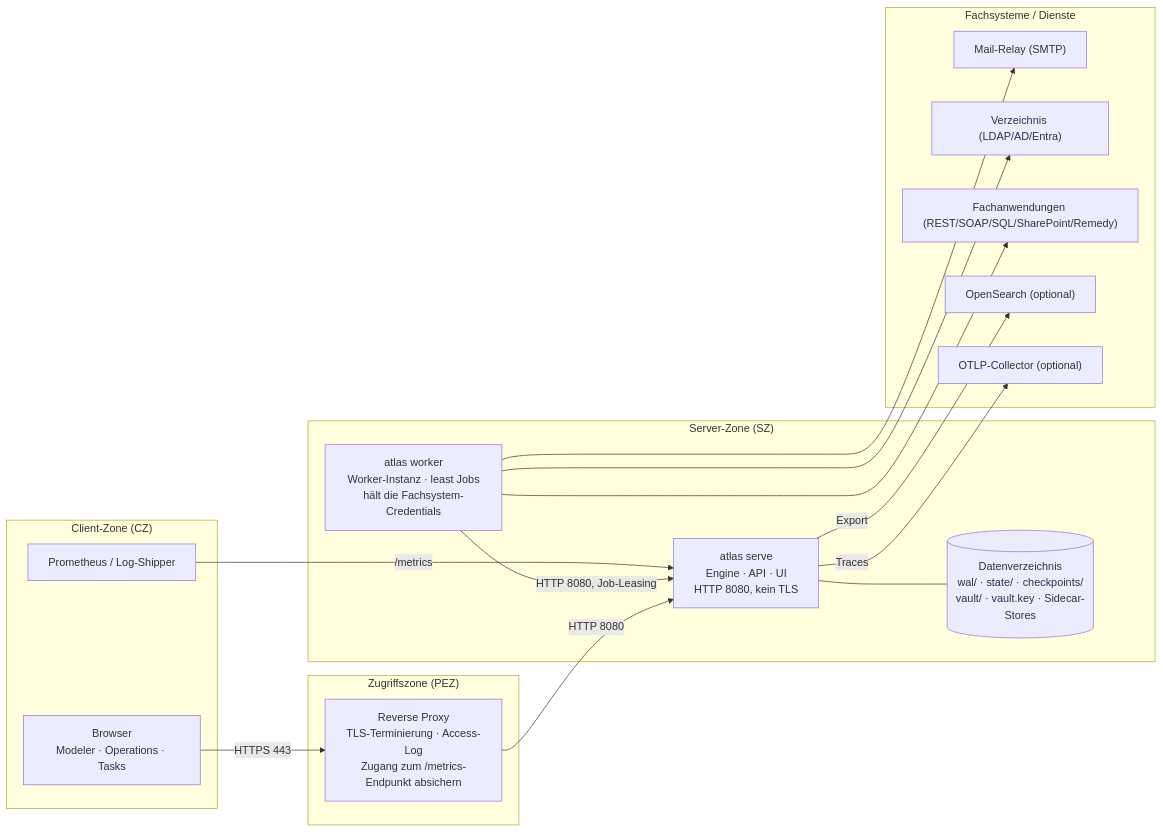
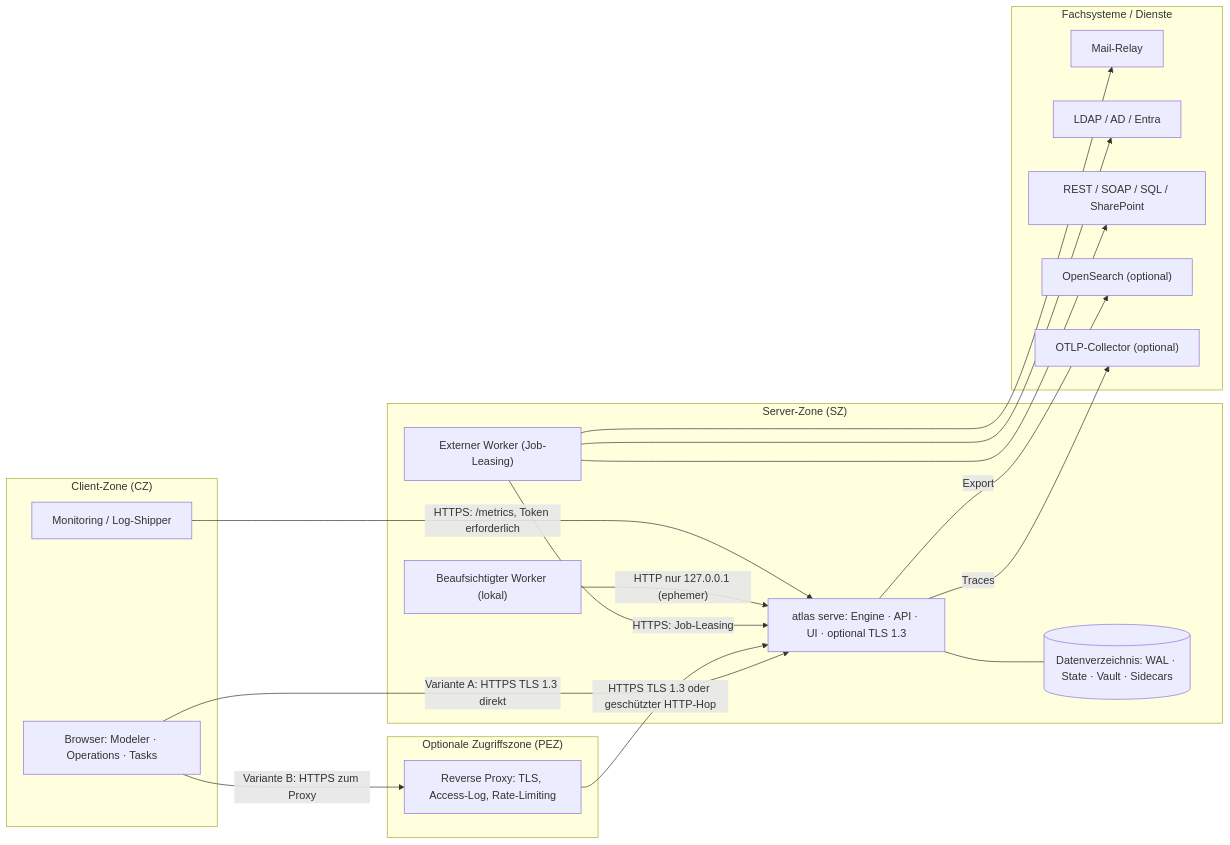
The diagram in docs/compliance/isds-konzept.md (pblumer/atlas), drawn with Mermaid before and after one commit. The commit also changed other lines of this file, not shown here.

Commit message:
docs(compliance): correct built-in TLS support and transport risk model

````diff
--- a/docs/compliance/isds-konzept.md
+++ b/docs/compliance/isds-konzept.md
@@ -537,33 +544,36 @@
 ```mermaid
 flowchart LR
   subgraph CZ["Client-Zone (CZ)"]
-    B["Browser<br/>Modeler · Operations · Tasks"]
-    P["Prometheus / Log-Shipper"]
+    B["Browser: Modeler · Operations · Tasks"]
+    P["Monitoring / Log-Shipper"]
   end
-  subgraph PEZ["Zugriffszone (PEZ)"]
-    RP["Reverse Proxy<br/>TLS-Terminierung · Access-Log<br/>Zugang zum /metrics-Endpunkt absichern"]
+  subgraph PEZ["Optionale Zugriffszone (PEZ)"]
+    RP["Reverse Proxy: TLS, Access-Log, Rate-Limiting"]
   end
   subgraph SZ["Server-Zone (SZ)"]
-    A["atlas serve<br/>Engine · API · UI<br/>HTTP 8080, kein TLS"]
-    D[("Datenverzeichnis<br/>wal/ · state/ · checkpoints/<br/>vault/ · vault.key · Sidecar-Stores")]
-    W["atlas worker<br/>Worker-Instanz · least Jobs<br/>hält die Fachsystem-Credentials"]
+    A["atlas serve: Engine · API · UI · optional TLS 1.3"]
+    D[("Datenverzeichnis: WAL · State · Vault · Sidecars")]
+    W["Externer Worker (Job-Leasing)"]
+    SW["Beaufsichtigter Worker (lokal)"]
   end
   subgraph EXT["Fachsysteme / Dienste"]
-    M["Mail-Relay (SMTP)"]
-    L["Verzeichnis (LDAP/AD/Entra)"]
-    S["Fachanwendungen (REST/SOAP/SQL/SharePoint/Remedy)"]
+    M["Mail-Relay"]
+    L["LDAP / AD / Entra"]
+    S["REST / SOAP / SQL / SharePoint"]
     O["OpenSearch (optional)"]
     T["OTLP-Collector (optional)"]
   end
 
-  B -->|HTTPS 443| RP
-  RP -->|HTTP 8080| A
+  B -->|"Variante A: HTTPS TLS 1.3 direkt"| A
+  B -->|"Variante B: HTTPS zum Proxy"| RP
+  RP -->|"HTTPS TLS 1.3 oder geschützter HTTP-Hop"| A
   A --- D
-  W -->|HTTP 8080, Job-Leasing| A
+  W -->|"HTTPS: Job-Leasing"| A
+  SW -->|"HTTP nur 127.0.0.1 (ephemer)"| A
   W --> M
   W --> L
   W --> S
-  A -->|Export| O
-  A -->|Traces| T
-  P -->|/metrics| A
+  A -->|"Export"| O
+  A -->|"Traces"| T
+  P -->|"HTTPS: /metrics, Token erforderlich"| A
 ```
````
